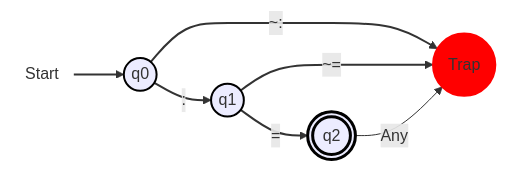
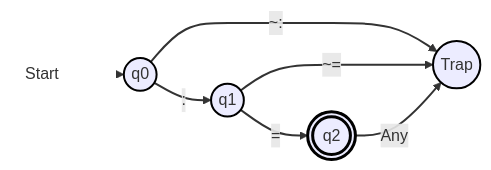
The sixth of 9 diagrams in docs/DFA.md (CS-Tiny-Compiler/a-tiny-compiler), drawn with Mermaid before and after one commit. The commit also changed other lines of this file, not shown here.

First line of the commit message:
made line colors consistent and trap state have a black color

````diff
--- a/docs/DFA.md
+++ b/docs/DFA.md
@@ -224,17 +220,17 @@
 ```mermaid
 flowchart LR
   start(((Start))):::startNode --> q0(("q0")):::normal
   q0 --> |:| q1(("q1")):::normal
   q1 --> |=| q2((("q2"))):::finalState
-  q0 --> |"~:"| trap((("Trap"))):::trap
-  q1 --> |"~="| trap((("Trap"))):::trap
-  q2 --> |"Any"| trap((("Trap"))):::trap
+  q0 --> |"~:"| trap(("Trap")):::trap
+  q1 --> |"~="| trap(("Trap")):::trap
+  q2 --> |"Any"| trap(("Trap")):::trap
 
   classDef startNode fill:none,stroke:none;
   classDef normal stroke:#000,stroke-width:2px;
   classDef finalState stroke:#000,stroke-width:3px;
-  classDef trap fill:#f00,stroke:#f00,stroke-width:2px;
+  classDef trap stroke:#000,stroke-width:2px;
 
-  linkStyle 0 stroke-width:2px;
-  linkStyle 1,2,3,4 stroke:#333,stroke-width:2px,fill:none;
+  linkStyle 0 stroke:white;
+  linkStyle default stroke:#333,stroke-width:2px,fill:none;
 ```
````
